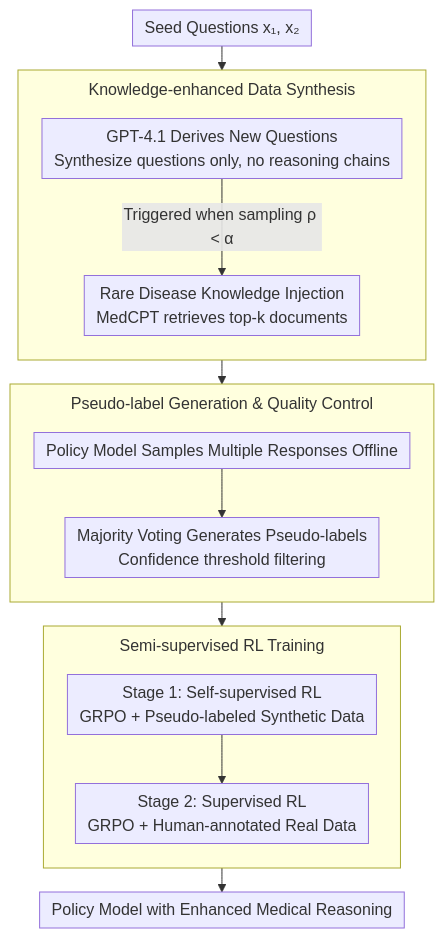
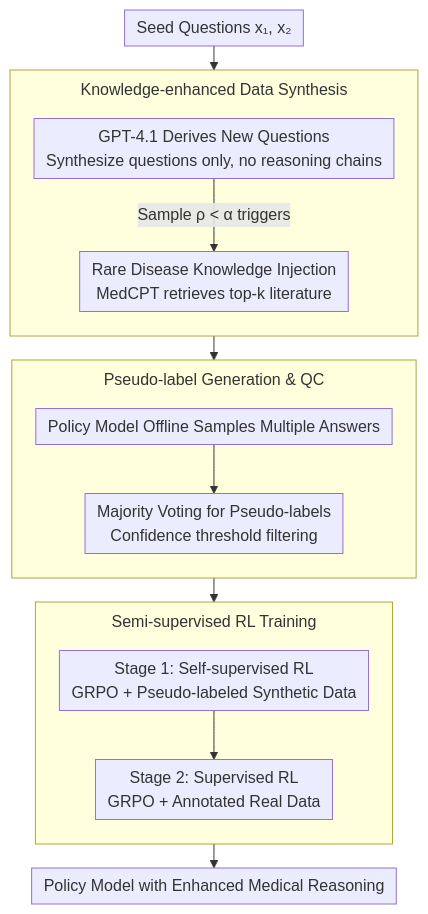
The diagram in docs/ACL2026/medical_nlp/eliciting_medical_reasoning_with_knowledge-enhanced_data_synthesis_a_semi-superv.md (zhaoyang97/Paper-Notes-en), drawn with Mermaid before and after one commit. The commit also changed other lines of this file and 5084 other files, not shown here.

````diff
--- a/docs/ACL2026/medical_nlp/eliciting_medical_reasoning_with_knowledge-enhanced_data_synthesis_a_semi-superv.md
+++ b/docs/ACL2026/medical_nlp/eliciting_medical_reasoning_with_knowledge-enhanced_data_synthesis_a_semi-superv.md
@@ -43,21 +43,21 @@
 ```mermaid
 %%{init: {'flowchart': {'rankSpacing': 24, 'nodeSpacing': 28, 'padding': 6, 'wrappingWidth': 400, 'subGraphTitleMargin': {'top': 8, 'bottom': 16}}}}%%
 flowchart TD
     A["Seed Questions x₁, x₂"] --> S1
     subgraph S1["Knowledge-enhanced Data Synthesis"]
         direction TB
         B["GPT-4.1 Derives New Questions<br/>Synthesize questions only, no reasoning chains"]
-        B -->|"Triggered when sampling ρ < α"| C["Rare Disease Knowledge Injection<br/>MedCPT retrieves top-k documents"]
+        B -->|"Sample ρ < α triggers"| C["Rare Disease Knowledge Injection<br/>MedCPT retrieves top-k literature"]
     end
     S1 --> S2
-    subgraph S2["Pseudo-label Generation & Quality Control"]
+    subgraph S2["Pseudo-label Generation & QC"]
         direction TB
-        D["Policy Model Samples Multiple Responses Offline"] --> E["Majority Voting Generates Pseudo-labels<br/>Confidence threshold filtering"]
+        D["Policy Model Offline Samples Multiple Answers"] --> E["Majority Voting for Pseudo-labels<br/>Confidence threshold filtering"]
     end
     S2 --> S3
     subgraph S3["Semi-supervised RL Training"]
         direction TB
-        F["Stage 1: Self-supervised RL<br/>GRPO + Pseudo-labeled Synthetic Data"] --> G["Stage 2: Supervised RL<br/>GRPO + Human-annotated Real Data"]
+        F["Stage 1: Self-supervised RL<br/>GRPO + Pseudo-labeled Synthetic Data"] --> G["Stage 2: Supervised RL<br/>GRPO + Annotated Real Data"]
     end
     S3 --> H["Policy Model with Enhanced Medical Reasoning"]
 ```
````
